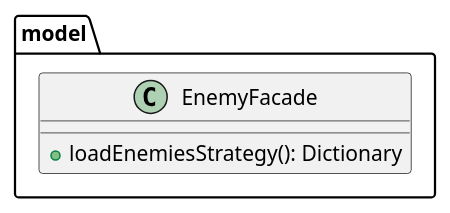
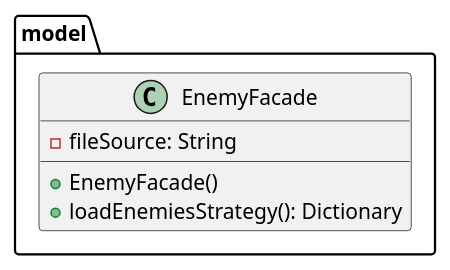
Before and after one commit to alejandrodelcs/algo3_tp2: the diagram in diagrams/classes/algoDefense/model/facade/EnemyFacade.puml, drawn with PlantUML. The commit also changed 63 other files, not shown here.

Commit message:
Every single class diagram done

```diff
--- a/diagrams/classes/algoDefense/model/facade/EnemyFacade.puml
+++ b/diagrams/classes/algoDefense/model/facade/EnemyFacade.puml
@@ -1,10 +1,12 @@
 @startuml
 'https://plantuml.com/class-diagram
 
 package model {
     class EnemyFacade {
+        - fileSource: String
+        + EnemyFacade()
         + loadEnemiesStrategy(): Dictionary
     }
 }
 
 @enduml
```
